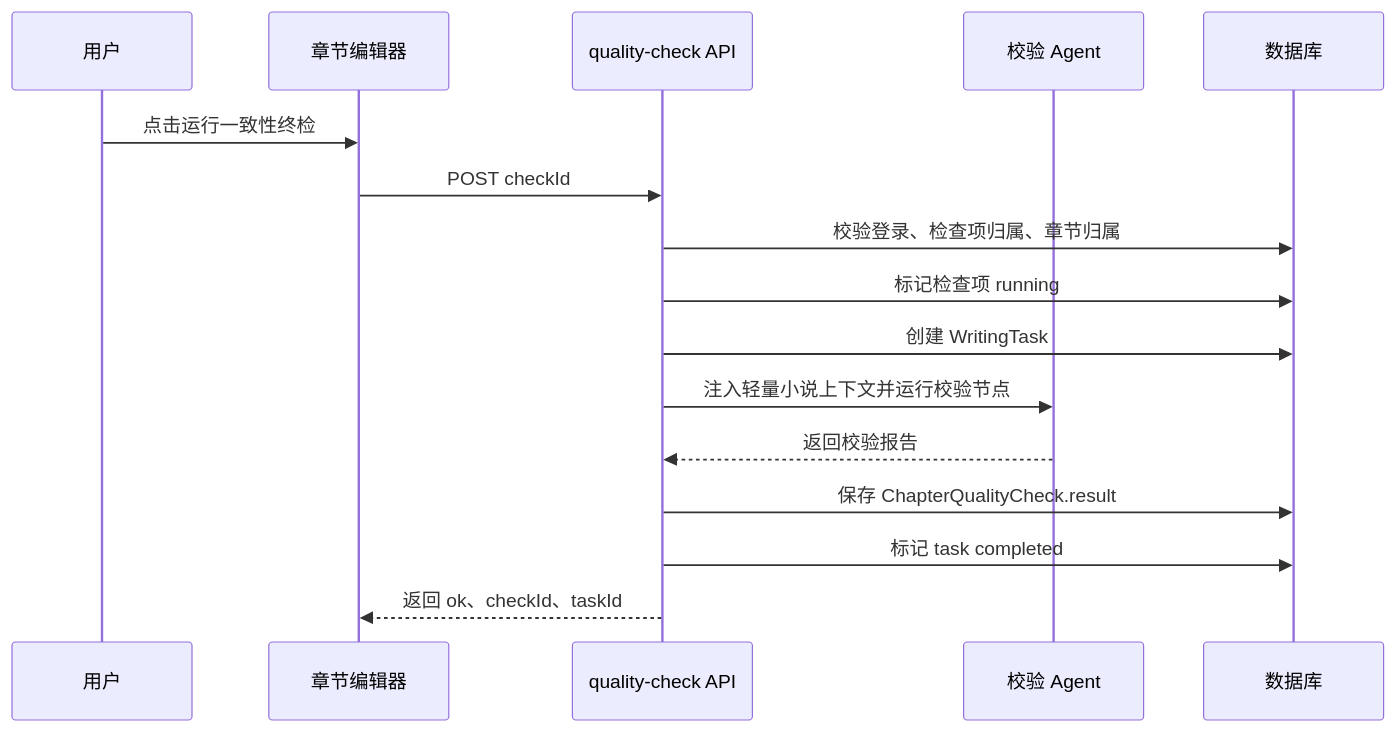
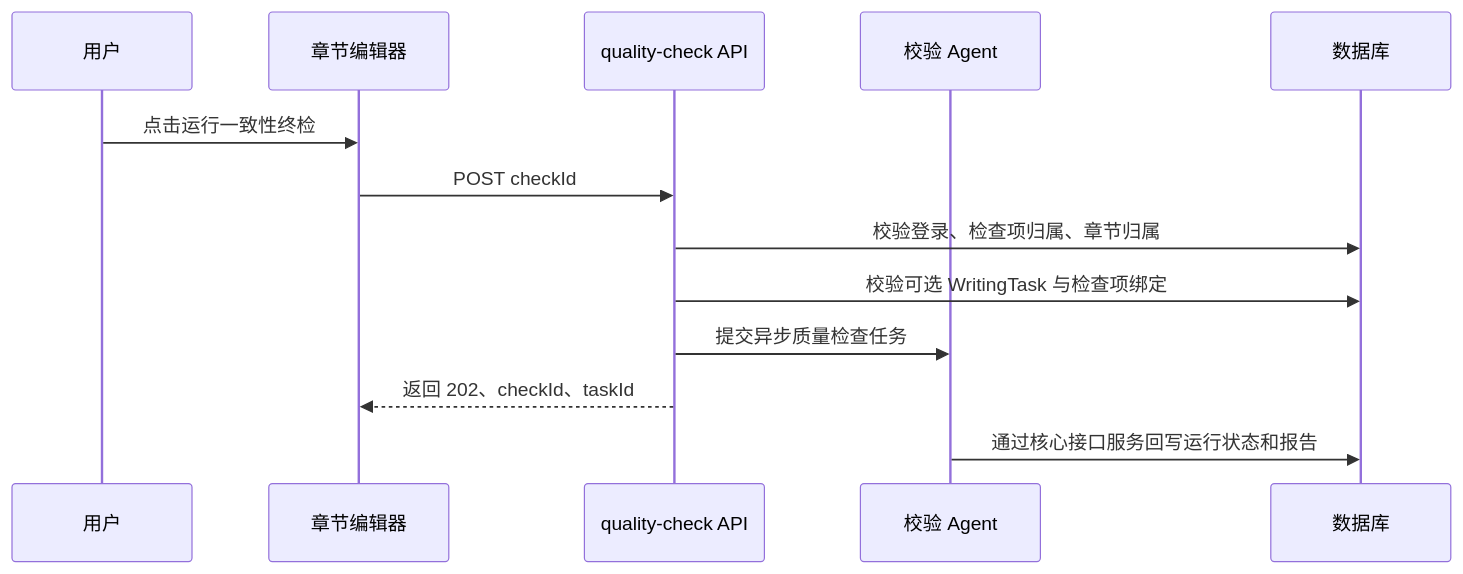
The fourth of 4 diagrams in docs/requirements/04-review-quality-and-workflow.md (chimeiwang/Smart-Novel-Gen-nie), drawn with Mermaid before and after one commit. The commit also changed other lines of this file and 12 other files, not shown here.

```diff
--- a/docs/requirements/04-review-quality-and-workflow.md
+++ b/docs/requirements/04-review-quality-and-workflow.md
@@ -173,19 +179,16 @@
 ~~~mermaid
 sequenceDiagram
     participant U as 用户
     participant UI as 章节编辑器
     participant API as quality-check API
     participant V as 校验 Agent
     participant DB as 数据库
 
     U->>UI: 点击运行一致性终检
     UI->>API: POST checkId
     API->>DB: 校验登录、检查项归属、章节归属
-    API->>DB: 标记检查项 running
-    API->>DB: 创建 WritingTask
-    API->>V: 注入轻量小说上下文并运行校验节点
-    V-->>API: 返回校验报告
-    API->>DB: 保存 ChapterQualityCheck.result
-    API->>DB: 标记 task completed
-    API-->>UI: 返回 ok、checkId、taskId
+    API->>DB: 校验可选 WritingTask 与检查项绑定
+    API->>V: 提交异步质量检查任务
+    API-->>UI: 返回 202、checkId、taskId
+    V->>DB: 通过核心接口服务回写运行状态和报告
 ~~~
```
